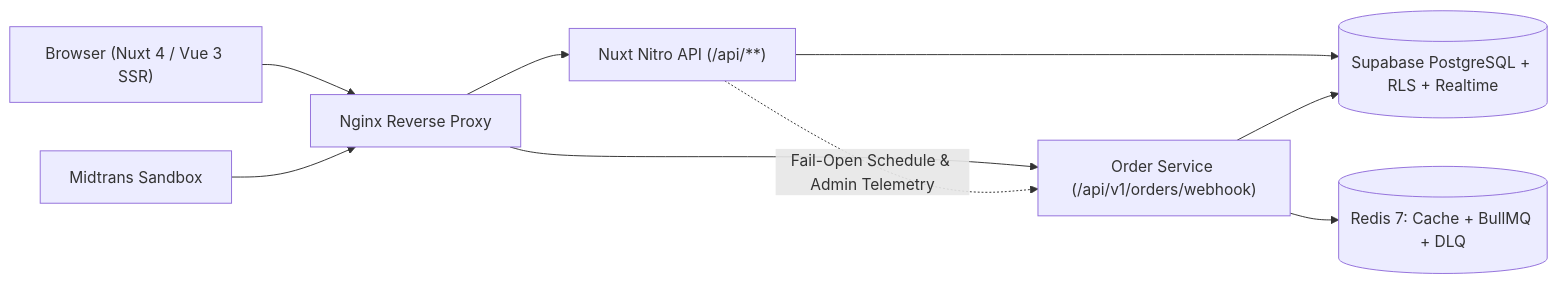
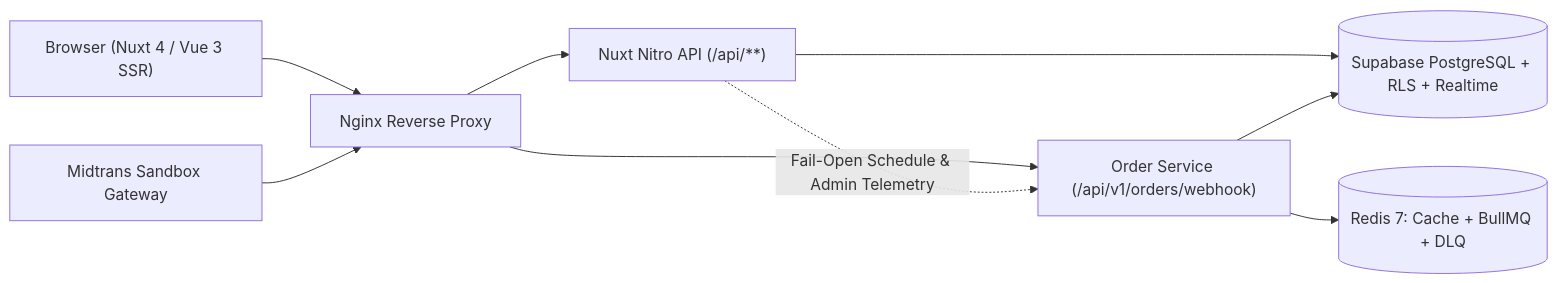
Before and after one commit to arzss-code/shelfstack: the diagram in README.md, drawn with Mermaid. The commit also changed other lines of this file and 3 other files, not shown here.

````diff
--- a/README.md
+++ b/README.md
@@ -9,11 +22,11 @@
 ```mermaid
 flowchart LR
   Browser["Browser (Nuxt 4 / Vue 3 SSR)"] --> Nginx["Nginx Reverse Proxy"]
   Nginx --> Nitro["Nuxt Nitro API (/api/**)"]
   Nginx --> Fastify["Order Service (/api/v1/orders/webhook)"]
   Nitro --> Supabase[("Supabase PostgreSQL + RLS + Realtime")]
   Nitro -. "Fail-Open Schedule & Admin Telemetry" .-> Fastify
   Fastify --> BullMQ[("Redis 7: Cache + BullMQ + DLQ")]
   Fastify --> Supabase
-  Midtrans["Midtrans Sandbox"] --> Nginx
+  Midtrans["Midtrans Sandbox Gateway"] --> Nginx
 ```
````
